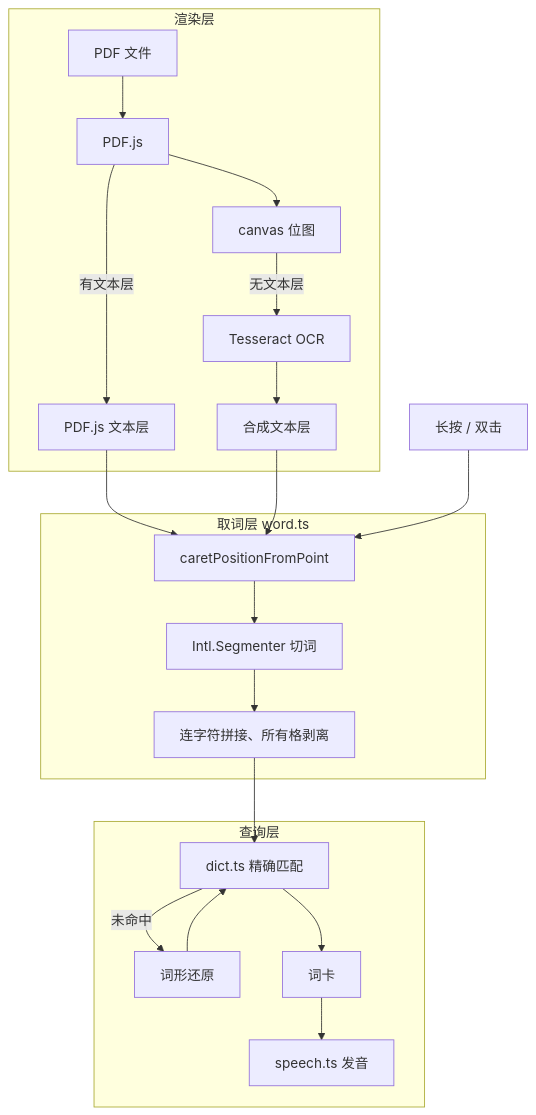
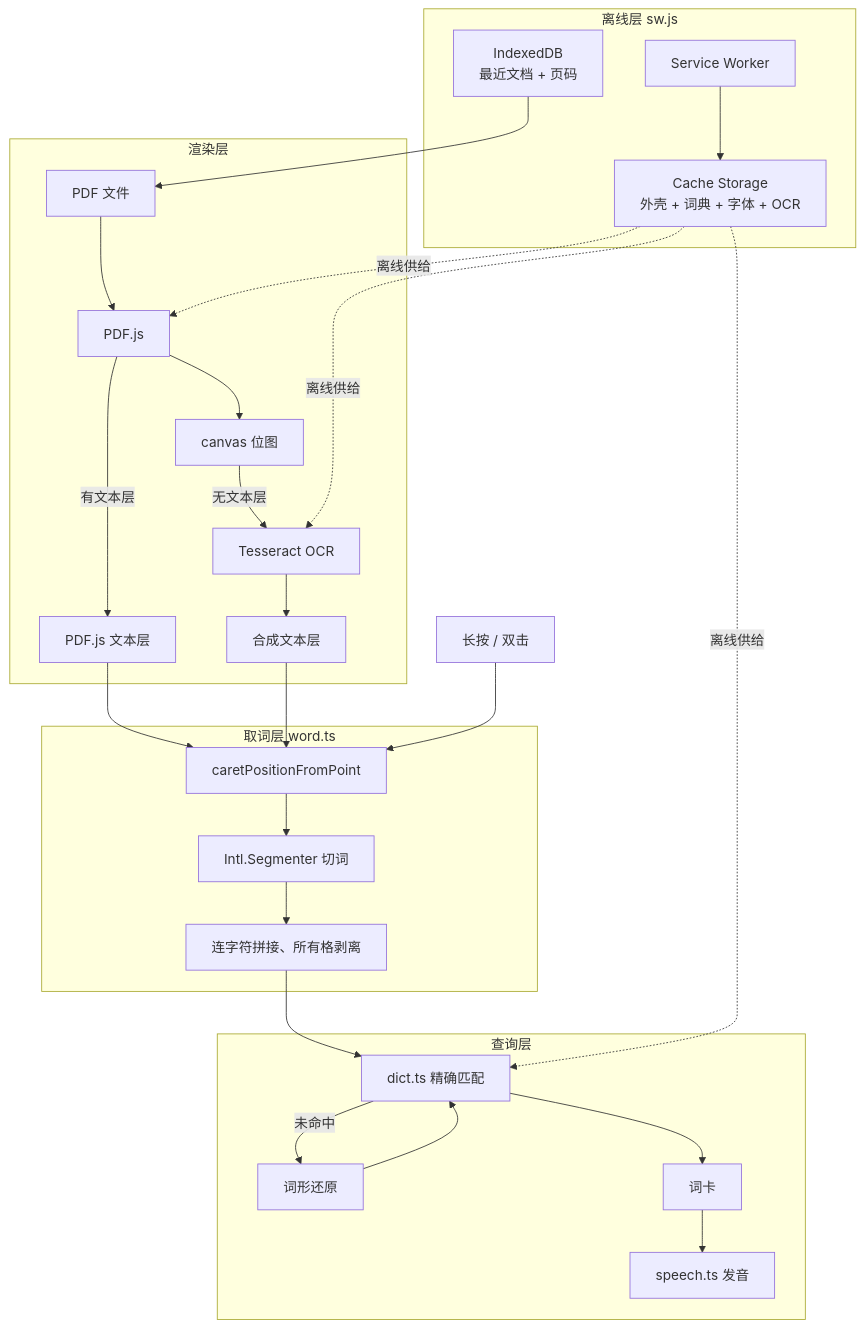
Before and after one commit to EugeneYin/dove: the diagram in README.md, drawn with Mermaid. The commit also changed other lines of this file and 20 other files, not shown here.

````diff
--- a/README.md
+++ b/README.md
@@ -31,29 +54,39 @@
 ```mermaid
 flowchart TB
+    subgraph offline["离线层 sw.js"]
+        SW["Service Worker"] --> CS["Cache Storage<br/>外壳 + 词典 + 字体 + OCR"]
+        IDB["IndexedDB<br/>最近文档 + 页码"]
+    end
+
     subgraph render["渲染层"]
         PDF["PDF 文件"] --> PDFJS["PDF.js"]
         PDFJS --> Canvas["canvas 位图"]
         PDFJS -->|有文本层| TL["PDF.js 文本层"]
         Canvas -->|无文本层| OCR["Tesseract OCR"]
         OCR --> Synth["合成文本层"]
     end
 
     subgraph hit["取词层 word.ts"]
         Caret["caretPositionFromPoint"]
         Caret --> Seg["Intl.Segmenter 切词"]
         Seg --> Norm["连字符拼接、所有格剥离"]
     end
 
     subgraph lookup["查询层"]
         Dict["dict.ts 精确匹配"]
         Dict -->|未命中| Lemma["词形还原"]
         Lemma --> Dict
         Dict --> Card["词卡"]
         Card --> TTS["speech.ts 发音"]
     end
 
     TL --> Caret
     Synth --> Caret
     Norm --> Dict
     Gesture["长按 / 双击"] --> Caret
+
+    CS -.离线供给.-> PDFJS
+    CS -.离线供给.-> Dict
+    CS -.离线供给.-> OCR
+    IDB --> PDF
 ```
````
